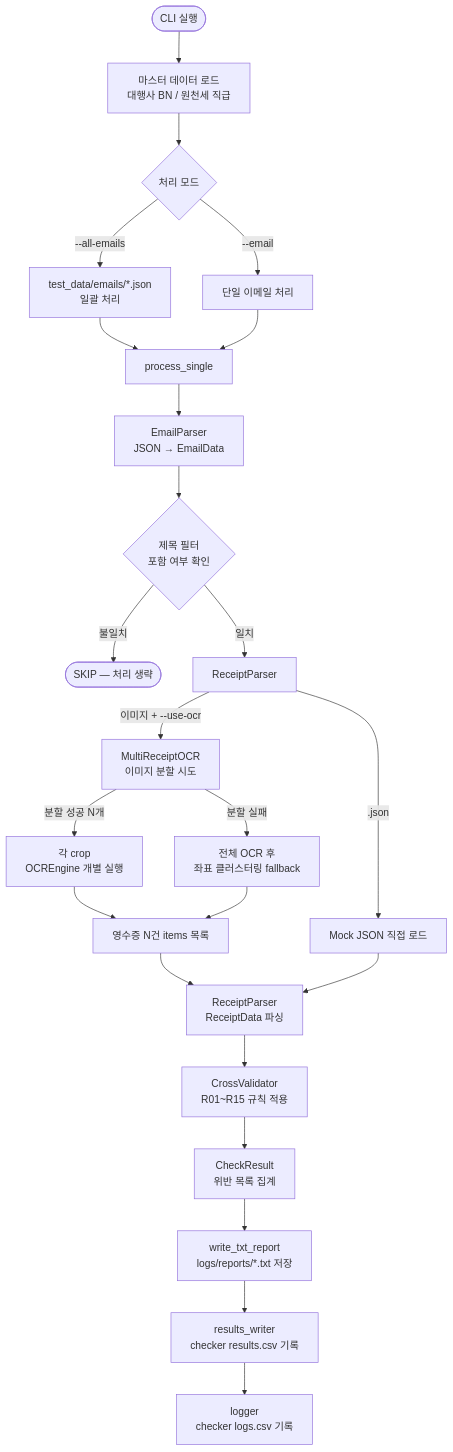
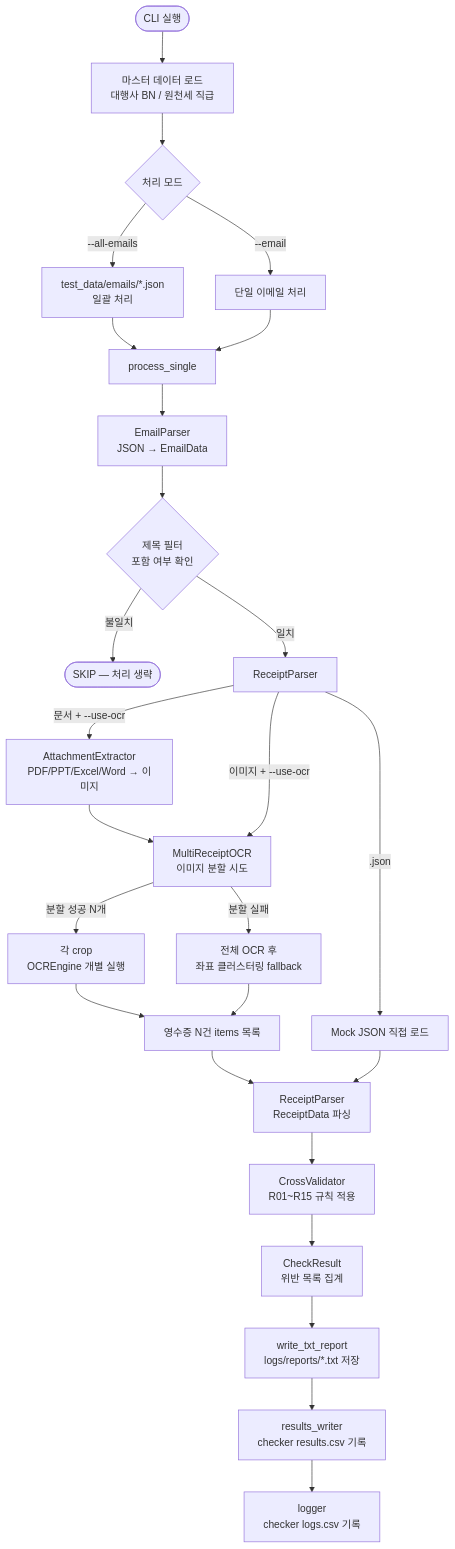
The first of 2 diagrams in docs/GUIDE.md (chanwookkim79/CreditCardVerifier), drawn with Mermaid before and after one commit. The commit also changed other lines of this file and 2 other files, not shown here.

````diff
--- a/docs/GUIDE.md
+++ b/docs/GUIDE.md
@@ -150,31 +156,33 @@
 ```mermaid
 flowchart TD
     A([CLI 실행]) --> B[마스터 데이터 로드\n대행사 BN / 원천세 직급]
     B --> C{처리 모드}
 
     C -->|--all-emails| D[test_data/emails/*.json\n일괄 처리]
     C -->|--email| E[단일 이메일 처리]
     D --> F[process_single]
     E --> F
 
     F --> G[EmailParser\nJSON → EmailData]
     G --> H{제목 필터\n포함 여부 확인}
     H -->|불일치| SKIP([SKIP — 처리 생략])
     H -->|일치| I[ReceiptParser]
 
     I -->|.json| J[Mock JSON 직접 로드]
+    I -->|문서 + --use-ocr| D1[AttachmentExtractor\nPDF/PPT/Excel/Word → 이미지]
+    D1 --> K1
     I -->|이미지 + --use-ocr| K1[MultiReceiptOCR\n이미지 분할 시도]
     K1 -->|분할 성공 N개| K2[각 crop\nOCREngine 개별 실행]
     K1 -->|분할 실패| K3[전체 OCR 후\n좌표 클러스터링 fallback]
     K2 --> K4[영수증 N건 items 목록]
     K3 --> K4
     K4 --> L[ReceiptParser\nReceiptData 파싱]
     J --> L
 
     L --> M[CrossValidator\nR01~R15 규칙 적용]
     M --> N[CheckResult\n위반 목록 집계]
 
     N --> P[write_txt_report\nlogs/reports/*.txt 저장]
     P --> R[results_writer\nchecker results.csv 기록]
     R --> S[logger\nchecker logs.csv 기록]
 ```
````
